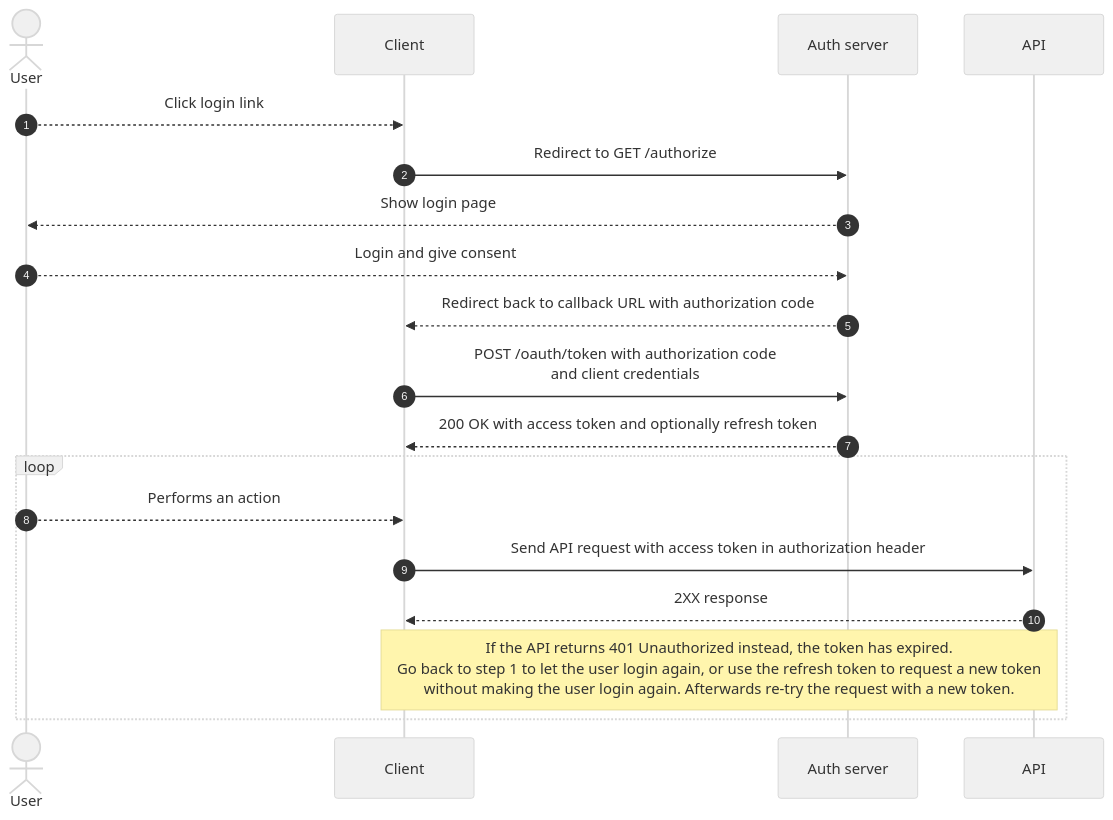
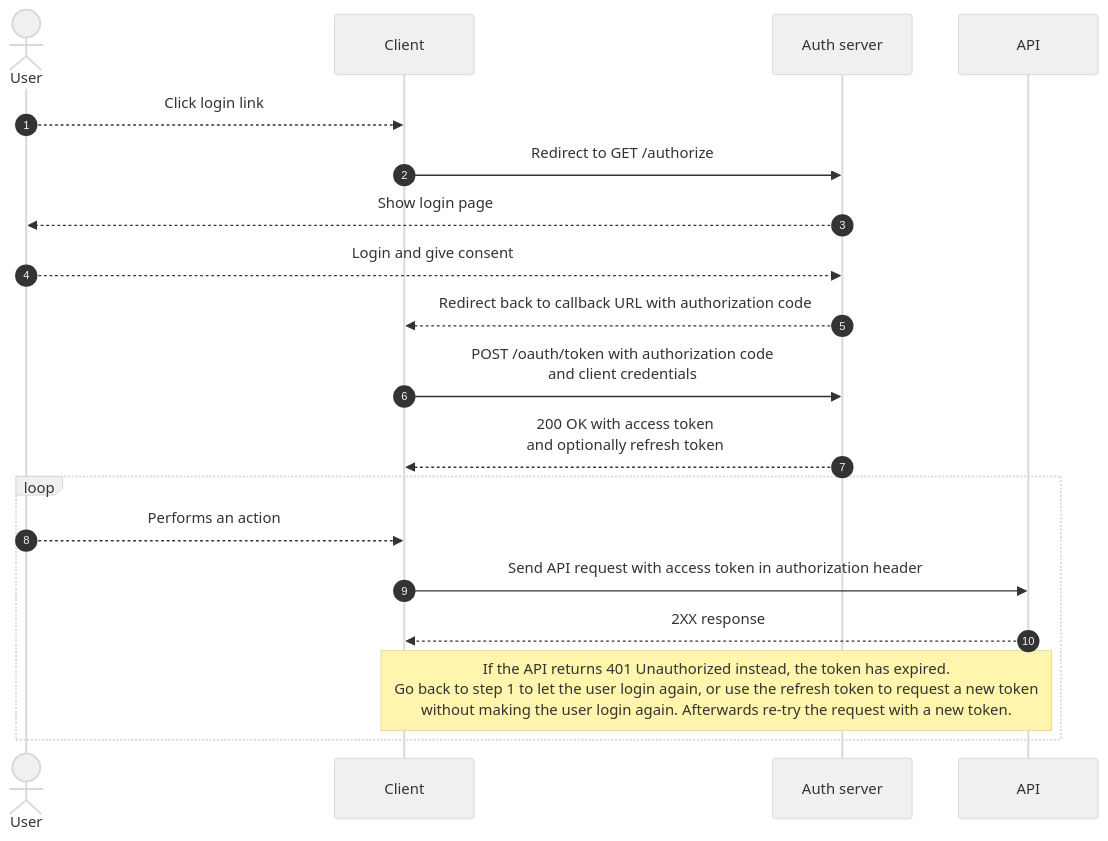
One commit to cultuurnet/apidocs changed the first of 2 diagrams in projects/authentication/docs/user-access-token.md. Above: the diagram before and after it, drawn with Mermaid. The commit also changed other lines of this file, not shown here.

Commit message:
Add newline in long sentence in diagram

````diff
--- a/projects/authentication/docs/user-access-token.md
+++ b/projects/authentication/docs/user-access-token.md
@@ -35,19 +35,19 @@
 ```mermaid
 %%{init: {'theme':'base', 'themeVariables': { 'primaryColor': '#f0f0f0', 'fontFamily': 'Helvetica' }, 'sequence': { 'actorFontFamily': 'Helvetica', 'noteFontFamily': 'Helvetica', 'messageFontFamily': 'Helvetica' } }}%%
 sequenceDiagram
     autonumber
     actor User
     User-->>Client: Click login link
     Client->>Auth server: Redirect to GET /authorize
     Auth server-->>User: Show login page
     User-->>Auth server: Login and give consent
     Auth server-->>Client: Redirect back to callback URL with authorization code
     Client->>Auth server: POST /oauth/token with authorization code<br /> and client credentials
-    Auth server-->>Client: 200 OK with access token and optionally refresh token
+    Auth server-->>Client: 200 OK with access token<br /> and optionally refresh token
     loop
         User-->>Client: Performs an action
         Client->>API: Send API request with access token in authorization header
         API-->>Client: 2XX response
         note over API,Client: If the API returns 401 Unauthorized instead, the token has expired.<br />Go back to step 1 to let the user login again, or use the refresh token to request a new token<br />without making the user login again. Afterwards re-try the request with a new token.
     end
 ```
````
